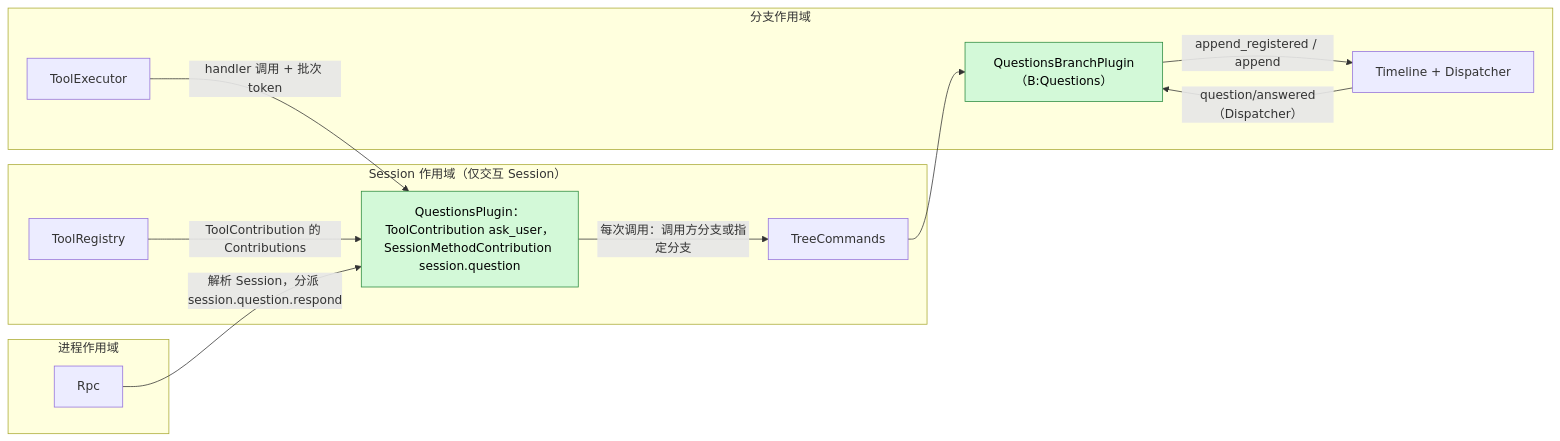
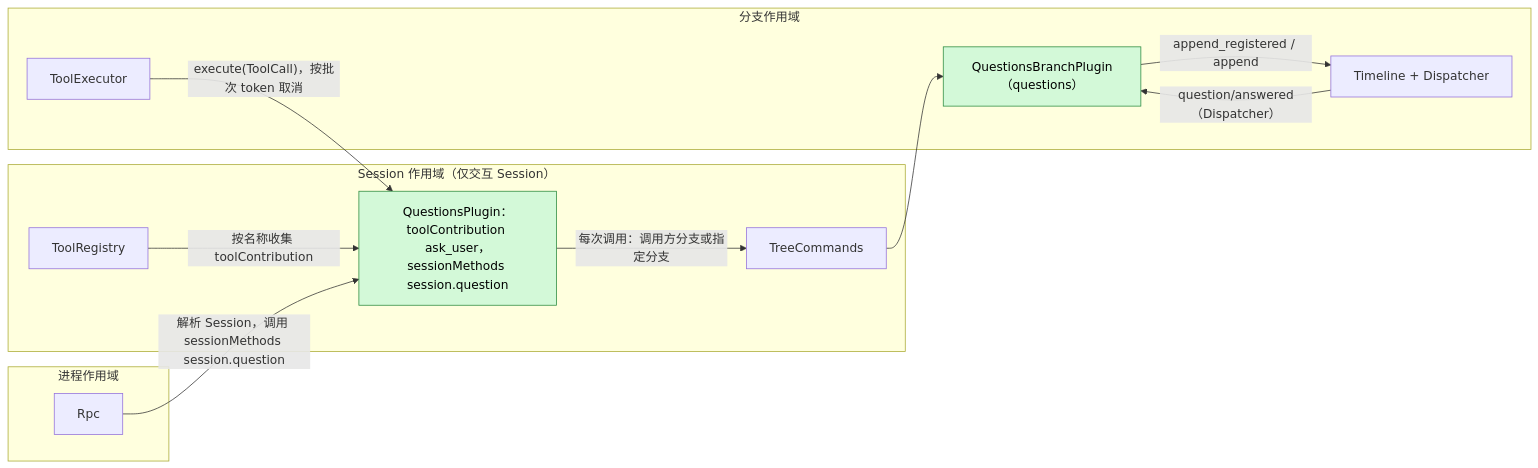
The first of 6 diagrams in docs/zh/design/plugins/Questions.md (CoutinhoTTS/dim-agent), drawn with Mermaid before and after one commit. The commit also changed other lines of this file and 18 other files, not shown here.

````diff
--- a/docs/zh/design/plugins/Questions.md
+++ b/docs/zh/design/plugins/Questions.md
@@ -9,24 +9,24 @@
 ```mermaid
 flowchart LR
   subgraph S["Session 作用域（仅交互 Session）"]
-    QS["QuestionsPlugin：ToolContribution ask_user，SessionMethodContribution session.question"]:::new
+    QS["QuestionsPlugin：toolContribution ask_user，sessionMethods session.question"]:::new
     TR["ToolRegistry"]
     TC["TreeCommands"]
   end
   subgraph P["进程作用域"]
     RPC["Rpc"]
   end
   subgraph B["分支作用域"]
-    QB["QuestionsBranchPlugin（B:Questions）"]:::new
+    QB["QuestionsBranchPlugin（questions）"]:::new
     TE["ToolExecutor"]
     TL["Timeline + Dispatcher"]
   end
-  TR -- "ToolContribution 的 Contributions" --> QS
-  RPC -- "解析 Session，分派 session.question.respond" --> QS
+  TR -- "按名称收集 toolContribution" --> QS
+  RPC -- "解析 Session，调用 sessionMethods session.question" --> QS
   QS -- "每次调用：调用方分支或指定分支" --> TC
   TC --> QB
-  TE -- "handler 调用 + 批次 token" --> QS
+  TE -- "execute(ToolCall)，按批次 token 取消" --> QS
   QB -- "append_registered / append" --> TL
   TL -- "question/answered（Dispatcher）" --> QB
   classDef new fill:#d3f9d8,stroke:#2b8a3e,color:#000
 ```
````
